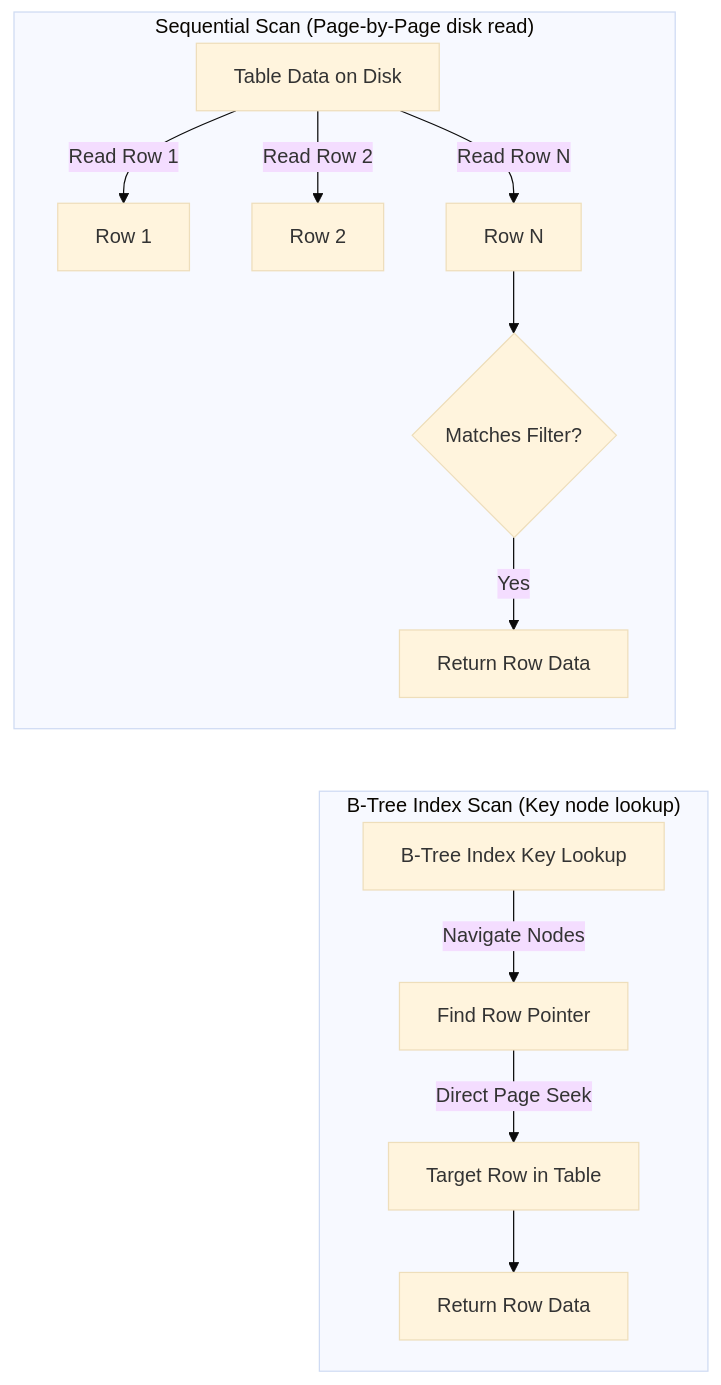
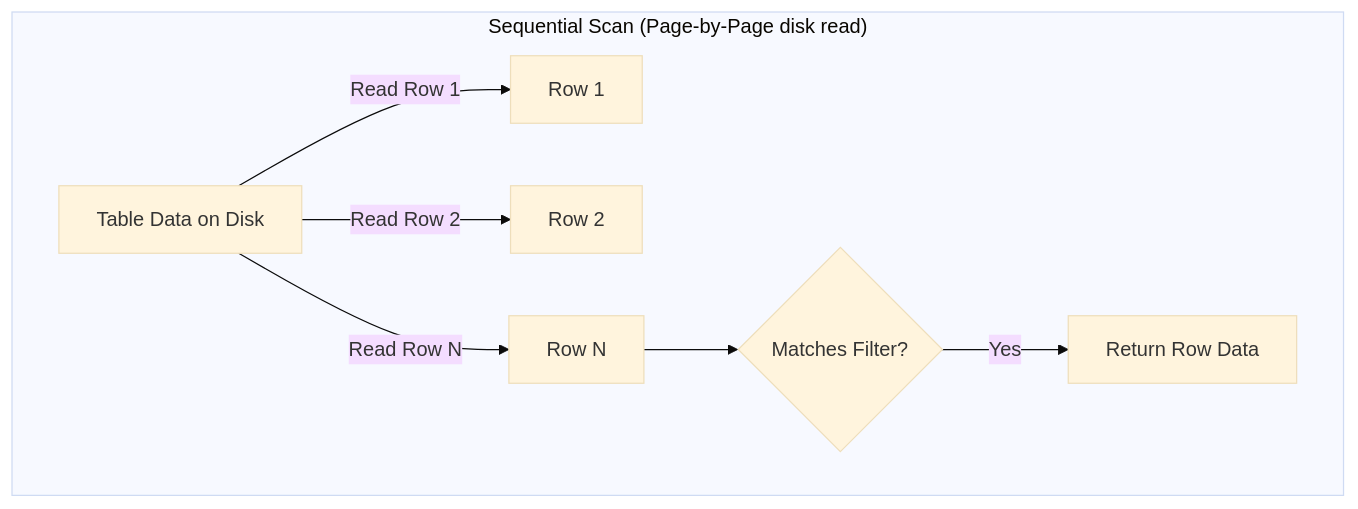
The first of 2 diagrams in docs/advanced/postgresql_indexes.md (Kashyap-001/odoo19-docs), drawn with Mermaid (base theme) before and after one commit. The commit also changed 2 other files, not shown here.

Commit message:
style: split wide independent diagrams into separate Mermaid code blocks to guarantee perfect vertical stacking

````diff
--- a/docs/advanced/postgresql_indexes.md
+++ b/docs/advanced/postgresql_indexes.md
@@ -151,19 +151,10 @@
 ```mermaid
 graph TD
     subgraph "Sequential Scan (Page-by-Page disk read)"
         TableDisk[Table Data on Disk] -->|Read Row 1| P1[Row 1]
         TableDisk -->|Read Row 2| P2[Row 2]
         TableDisk -->|Read Row N| PN[Row N]
         PN --> MatchS{Matches Filter?}
         MatchS -- Yes --> OutputS[Return Row Data]
     end
-
-    subgraph "B-Tree Index Scan (Key node lookup)"
-        BTree[B-Tree Index Key Lookup] -->|Navigate Nodes| Pointer[Find Row Pointer]
-        Pointer -->|Direct Page Seek| DirectRow[Target Row in Table]
-        DirectRow --> OutputI[Return Row Data]
-    end
-
-    %% Force vertical stacking of subgraphs
-    OutputS ~~~ BTree
 ```
````
